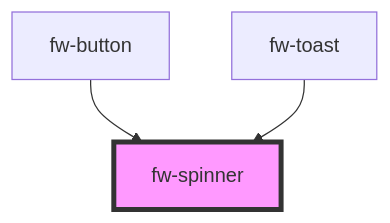
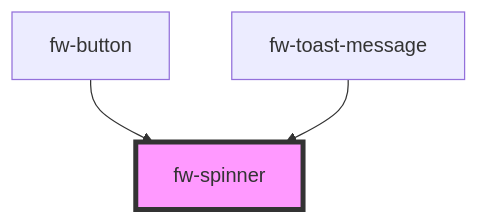
Before and after one commit to freshworks/crayons: the diagram in packages/crayons-core/src/components/spinner/readme.md, drawn with Mermaid. The commit also changed other lines of this file and 20 other files, not shown here.

````diff
--- a/packages/crayons-core/src/components/spinner/readme.md
+++ b/packages/crayons-core/src/components/spinner/readme.md
@@ -71,6 +71,6 @@
 ```mermaid
 graph TD;
   fw-button --> fw-spinner
-  fw-toast --> fw-spinner
+  fw-toast-message --> fw-spinner
   style fw-spinner fill:#f9f,stroke:#333,stroke-width:4px
 ```
````
